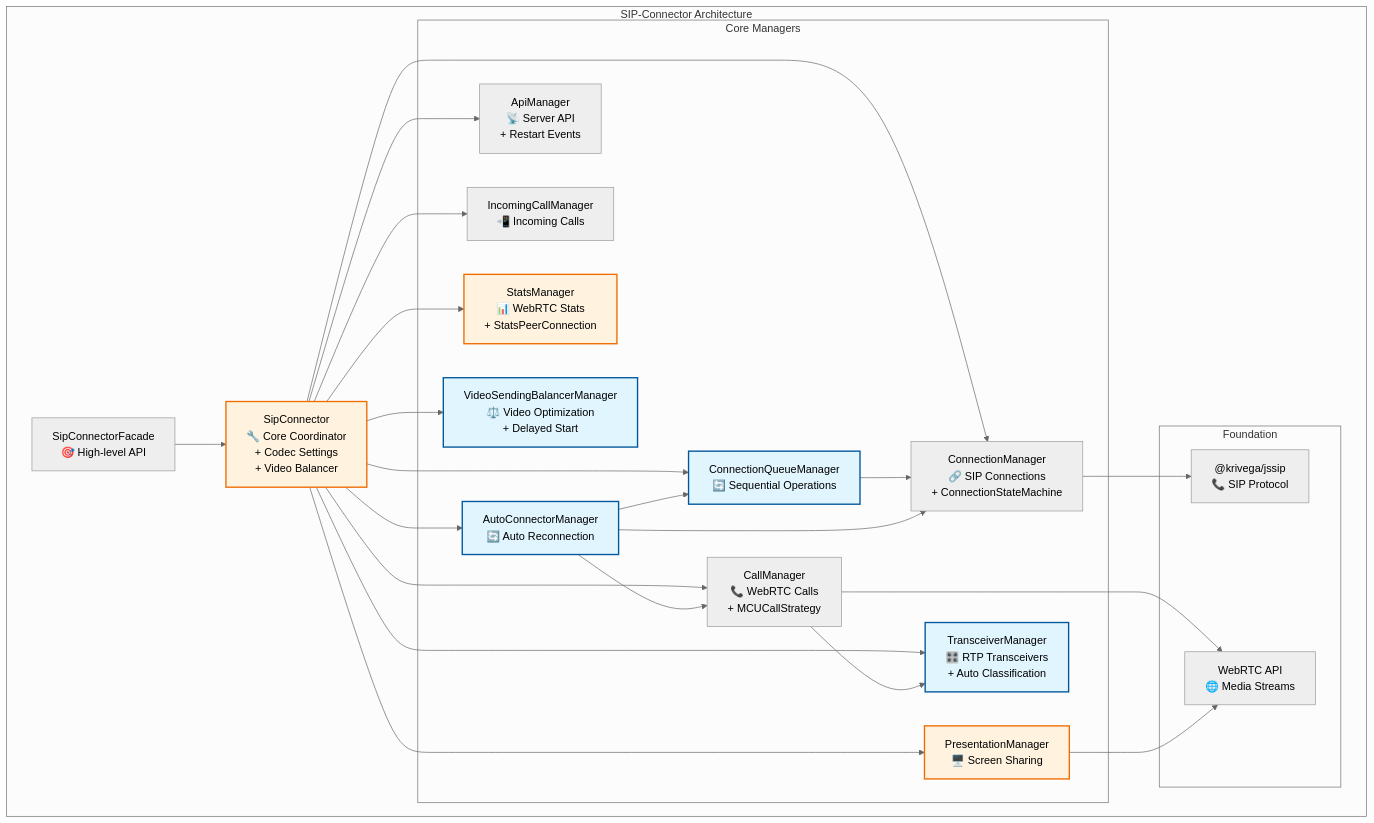
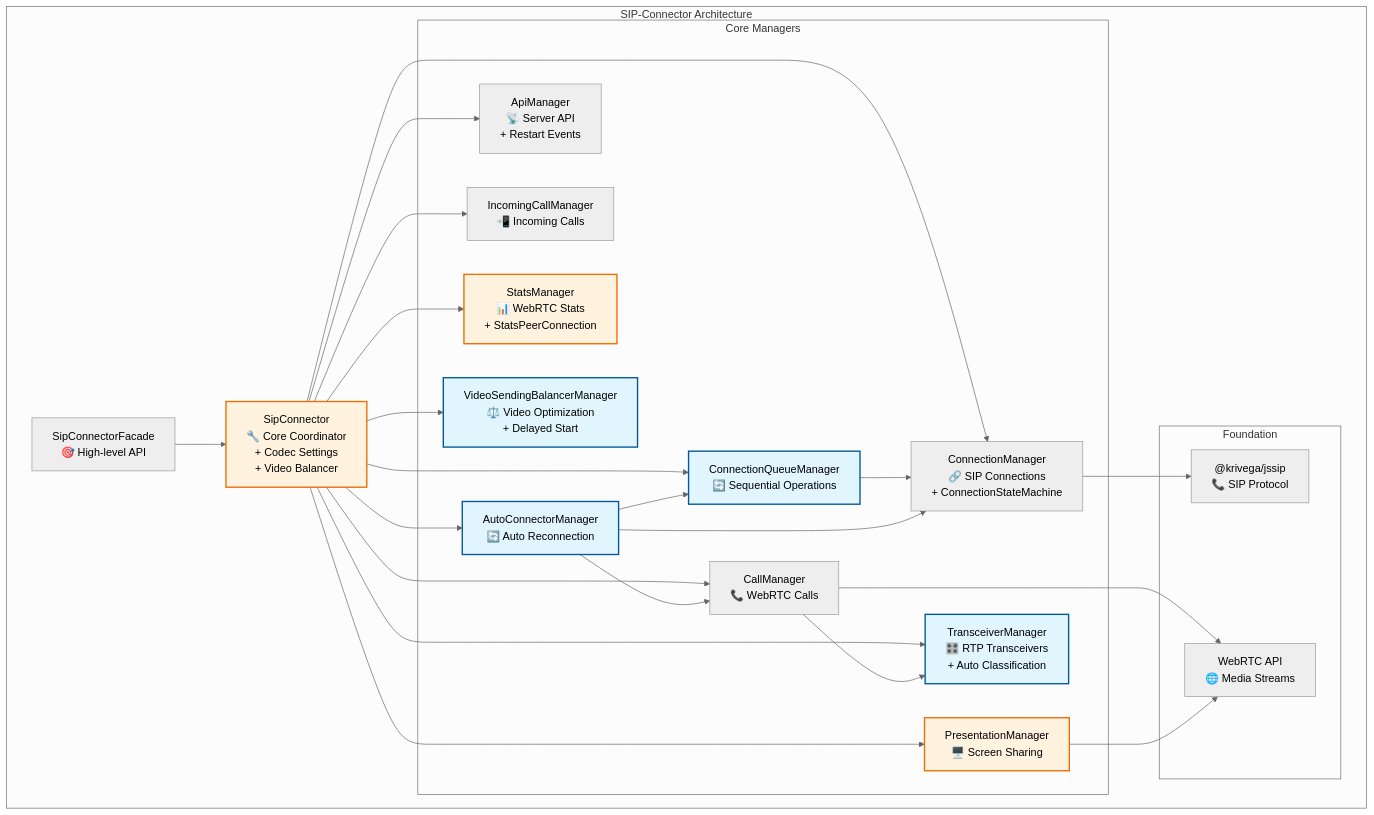
One commit to Krivega/sip-connector changed the diagram in docs/arch.md. Above: the diagram before and after it, drawn with Mermaid (neutral theme). The commit also changed other lines of this file and 8 other files, not shown here.

Commit message:
refactor: replace MCUCallStrategy with MCUSession in CallManager, update architecture documentation, and remove unused strategy files

````diff
--- a/docs/arch.md
+++ b/docs/arch.md
@@ -249,53 +231,53 @@
 ```mermaid
 graph TB
     subgraph "SIP-Connector Architecture"
         A["SipConnectorFacade<br/>🎯 High-level API"]
         B["SipConnector<br/>🔧 Core Coordinator<br/>+ Codec Settings<br/>+ Video Balancer"]
 
         subgraph "Core Managers"
             C["ConnectionManager<br/>🔗 SIP Connections<br/>+ ConnectionStateMachine"]
-            D["CallManager<br/>📞 WebRTC Calls<br/>+ MCUCallStrategy"]
+            D["CallManager<br/>📞 WebRTC Calls"]
             E["ApiManager<br/>📡 Server API<br/>+ Restart Events"]
             F["PresentationManager<br/>🖥️ Screen Sharing"]
             G["IncomingCallManager<br/>📲 Incoming Calls"]
             H["StatsManager<br/>📊 WebRTC Stats<br/>+ StatsPeerConnection"]
             I["VideoSendingBalancerManager<br/>⚖️ Video Optimization<br/>+ Delayed Start"]
             J["TransceiverManager<br/>🎛️ RTP Transceivers<br/>+ Auto Classification"]
             K["ConnectionQueueManager<br/>🔄 Sequential Operations"]
             L["AutoConnectorManager<br/>🔄 Auto Reconnection"]
         end
 
         subgraph "Foundation"
             M["@krivega/jssip<br/>📞 SIP Protocol"]
             N["WebRTC API<br/>🌐 Media Streams"]
         end
 
         A --> B
         B --> C
         B --> K
         B --> L
         B --> D
         B --> E
         B --> F
         B --> G
         B --> H
         B --> I
         B --> J
         D --> J
         D --> N
         F --> N
         C --> M
         K --> C
         L --> K
         L --> C
         L --> D
     end
 
     style I fill:#e1f5fe,stroke:#01579b,stroke-width:2px
     style J fill:#e1f5fe,stroke:#01579b,stroke-width:2px
     style K fill:#e1f5fe,stroke:#01579b,stroke-width:2px
     style L fill:#e1f5fe,stroke:#01579b,stroke-width:2px
     style B fill:#fff3e0,stroke:#ef6c00,stroke-width:2px
     style F fill:#fff3e0,stroke:#ef6c00,stroke-width:2px
     style H fill:#fff3e0,stroke:#ef6c00,stroke-width:2px
 ```
````
